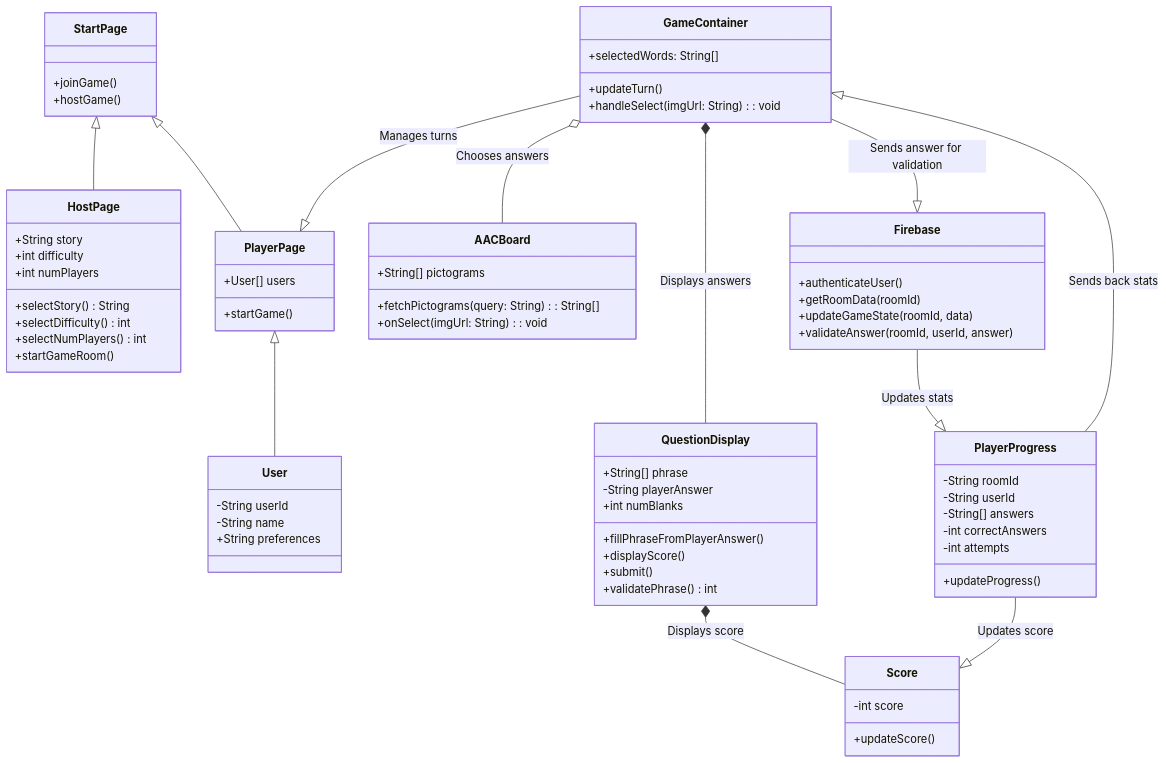
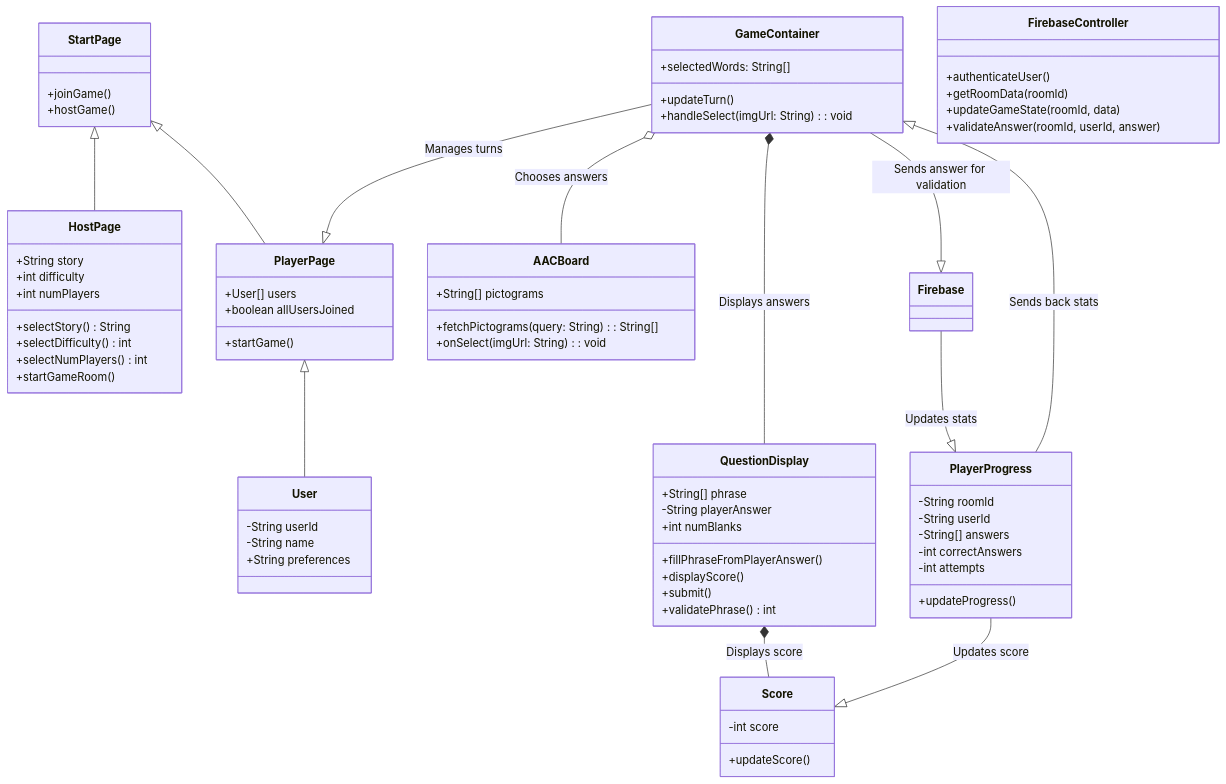
One commit to henryschoemer/project-aac-game-team-b_bugfix_team6 changed the diagram in documentation/docs/system-architecture/design.md. Above: the diagram before and after it, drawn with Mermaid. The commit also changed other lines of this file, not shown here.

Commit message:
Updated class diagram description

```diff
--- a/documentation/docs/system-architecture/design.md
+++ b/documentation/docs/system-architecture/design.md
@@ -85,6 +85,7 @@
 
     class PlayerPage {
 	    +User[] users
+	    +boolean allUsersJoined
 	    +startGame()
     }
 
@@ -111,7 +112,7 @@
 	    +String preferences
     }
 
-    class Firebase {
+    class FirebaseController {
 	    +authenticateUser()
 	    +getRoomData(roomId)
 	    +updateGameState(roomId, data)
```
